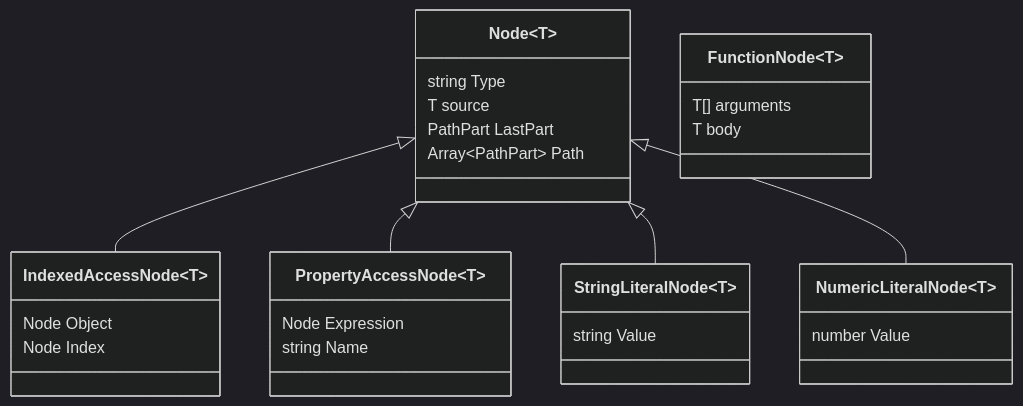
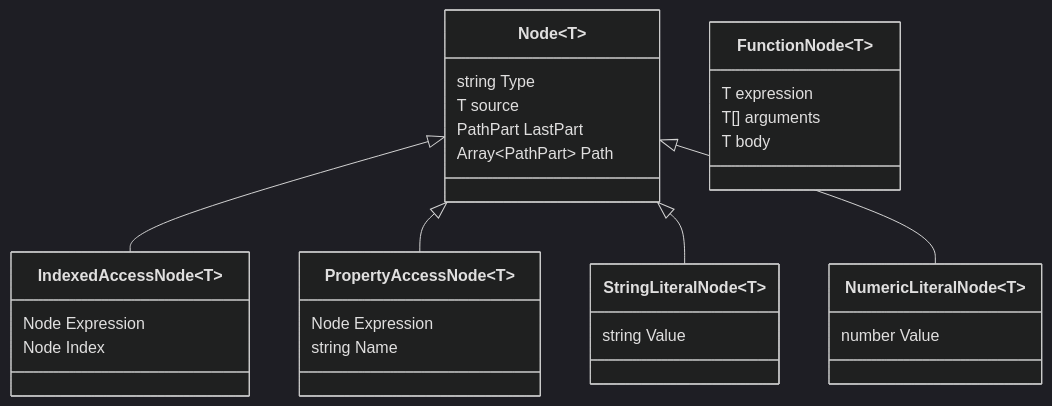
The third of 4 diagrams in ClassDiagram.md (typescript-nameof/nameof), drawn with Mermaid (dark theme) before and after one commit.

Commit message:
Refactor node class diagram

````diff
--- a/ClassDiagram.md
+++ b/ClassDiagram.md
@@ -107,37 +107,38 @@
 ```mermaid
 classDiagram
     class Node~T~ {
         string Type
         T source
         PathPart LastPart
         Array~PathPart~ Path
     }
 
     class PropertyAccessNode~T~ {
         Node Expression
         string Name
     }
 
     class IndexedAccessNode~T~ {
-        Node Object
+        Node Expression
         Node Index
     }
 
     class StringLiteralNode~T~ {
         string Value
     }
 
     class NumericLiteralNode~T~ {
         number Value
     }
 
     class FunctionNode~T~ {
+        T expression
         T[] arguments
         T body
     }
 
     Node <|-- IndexedAccessNode
     Node <|-- PropertyAccessNode
     Node <|-- StringLiteralNode
     Node <|-- NumericLiteralNode
 ```
````
